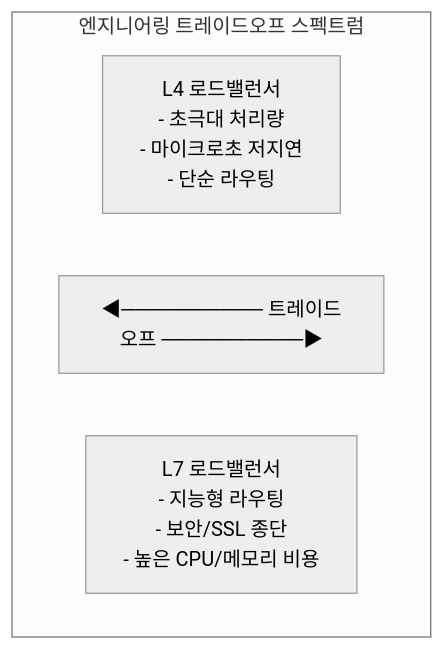
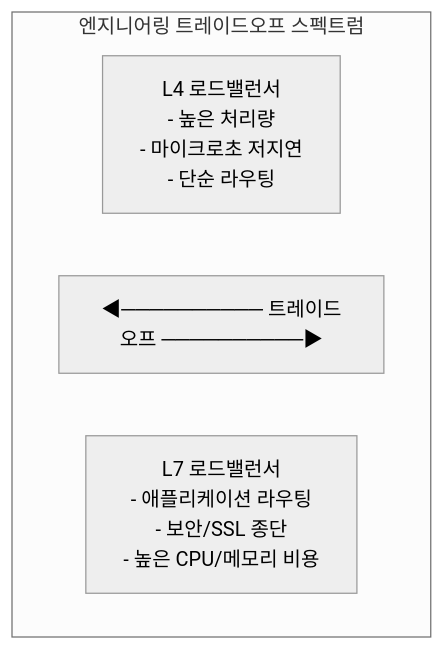
One commit to studylida/studylida.github.io changed the eighth of 9 diagrams in src/content/posts/l4-l7-load-balancer-architecture.md. Above: the diagram before and after it, drawn with Mermaid (neutral theme). The commit also changed other lines of this file and 10 other files, not shown here.

````diff
--- a/src/content/posts/l4-l7-load-balancer-architecture.md
+++ b/src/content/posts/l4-l7-load-balancer-architecture.md
@@ -315,9 +315,9 @@
 ```mermaid
 flowchart LR
     subgraph Axis ["엔지니어링 트레이드오프 스펙트럼"]
         direction LR
-        L4_Side["L4 로드밸런서<br/>- 초극대 처리량<br/>- 마이크로초 저지연<br/>- 단순 라우팅"]
+        L4_Side["L4 로드밸런서<br/>- 높은 처리량<br/>- 마이크로초 저지연<br/>- 단순 라우팅"]
         Arrow["◀────────── 트레이드오프 ──────────▶"]
-        L7_Side["L7 로드밸런서<br/>- 지능형 라우팅<br/>- 보안/SSL 종단<br/>- 높은 CPU/메모리 비용"]
+        L7_Side["L7 로드밸런서<br/>- 애플리케이션 라우팅<br/>- 보안/SSL 종단<br/>- 높은 CPU/메모리 비용"]
     end
 ```
````
